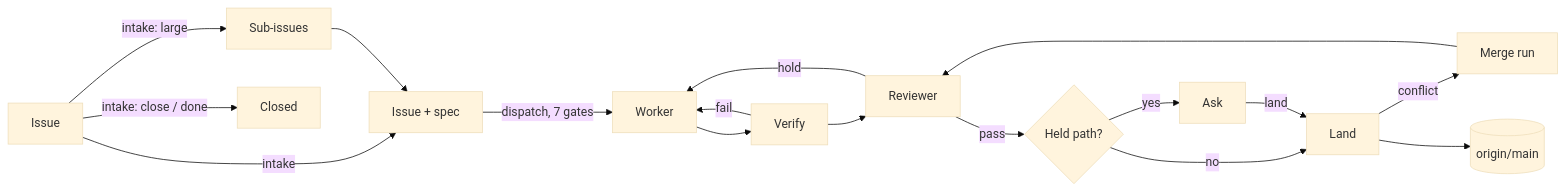
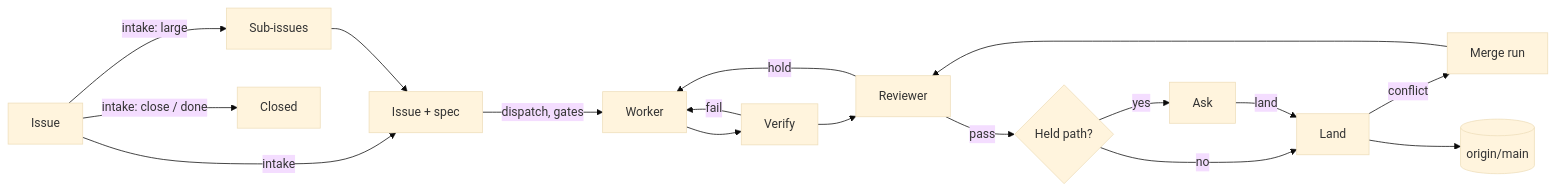
One commit to crsmithdev/aleph changed the diagram in docs/workflow.md. Above: the diagram before and after it, drawn with Mermaid (base theme). The commit also changed other lines of this file and 36 other files, not shown here.

````diff
--- a/docs/workflow.md
+++ b/docs/workflow.md
@@ -7,17 +7,17 @@
 ```mermaid
 flowchart LR
   I[Issue] -->|intake| G[Issue + spec]
   I -->|intake: large| P[Sub-issues] --> G
   I -->|intake: close / done| X[Closed]
-  G -->|dispatch, 7 gates| W[Worker]
+  G -->|dispatch, gates| W[Worker]
   W --> V[Verify]
   V -->|fail| W
   V --> R[Reviewer]
   R -->|hold| W
   R -->|pass| H{Held path?}
   H -->|yes| A[Ask]
   H -->|no| L[Land]
   A -->|land| L
   L -->|conflict| M[Merge run] --> R
   L --> Main[(origin/main)]
 ```
````
